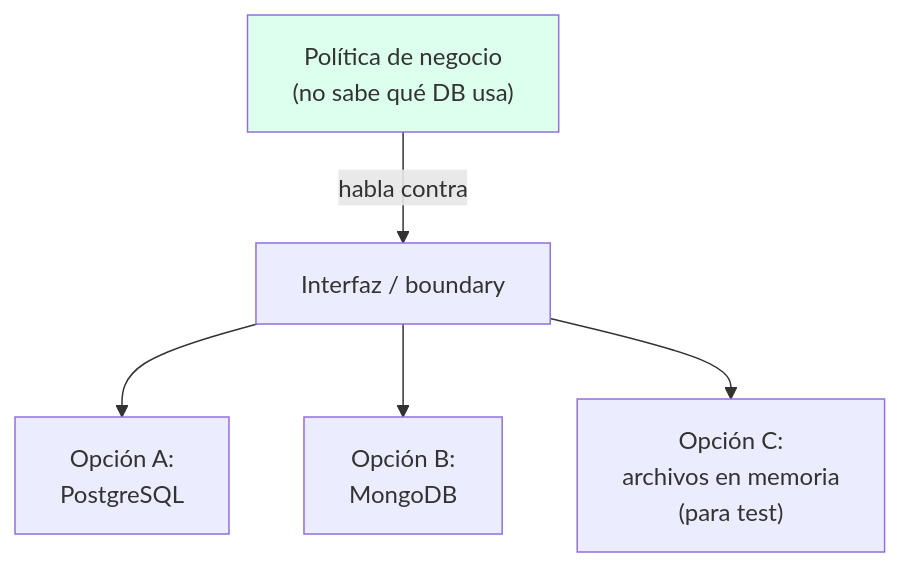
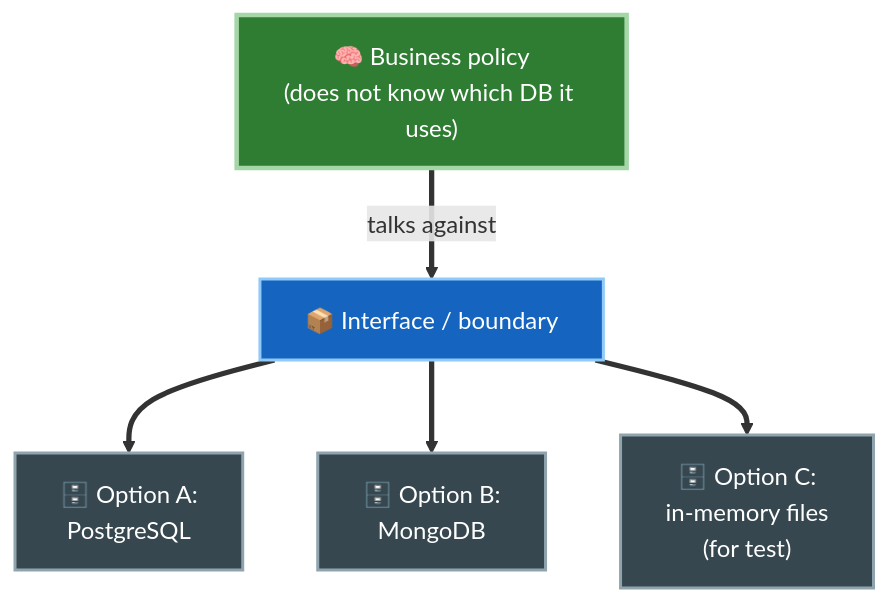
The third of 3 diagrams in 05-arquitectura-conceptos-centrales/02-mantener-opciones-abiertas.md (JavierMachucaA/clean-architecture-guia), drawn with Mermaid before and after one commit. The commit also changed other lines of this file and 45 other files, not shown here.

````diff
--- a/05-arquitectura-conceptos-centrales/02-mantener-opciones-abiertas.md
+++ b/05-arquitectura-conceptos-centrales/02-mantener-opciones-abiertas.md
@@ -58,8 +65,13 @@
 ```mermaid
 flowchart TD
-    P["Política de negocio<br/>(no sabe qué DB usa)"] -->|habla contra| I["Interfaz / boundary"]
-    I --> DB1["Opción A:<br/>PostgreSQL"]
-    I --> DB2["Opción B:<br/>MongoDB"]
-    I --> DB3["Opción C:<br/>archivos en memoria<br/>(para test)"]
-    style P fill:#dfe
+    P["🧠 Business policy<br/>(does not know which DB it uses)"] ==>|talks against| I["📦 Interface / boundary"]
+    I ==> DB1["🗄️ Option A:<br/>PostgreSQL"]
+    I ==> DB2["🗄️ Option B:<br/>MongoDB"]
+    I ==> DB3["🗄️ Option C:<br/>in-memory files<br/>(for test)"]
+
+    style P fill:#2e7d32,stroke:#a5d6a7,color:#fff,stroke-width:3px
+    style I fill:#1565c0,stroke:#90caf9,color:#fff,stroke-width:2px
+    style DB1 fill:#37474f,stroke:#90a4ae,color:#fff,stroke-width:2px
+    style DB2 fill:#37474f,stroke:#90a4ae,color:#fff,stroke-width:2px
+    style DB3 fill:#37474f,stroke:#90a4ae,color:#fff,stroke-width:2px
 ```
````
